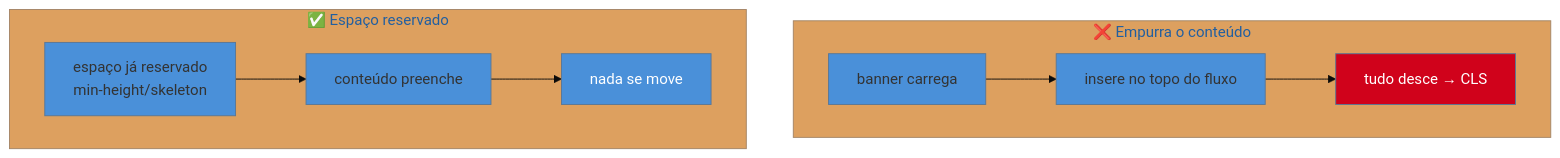
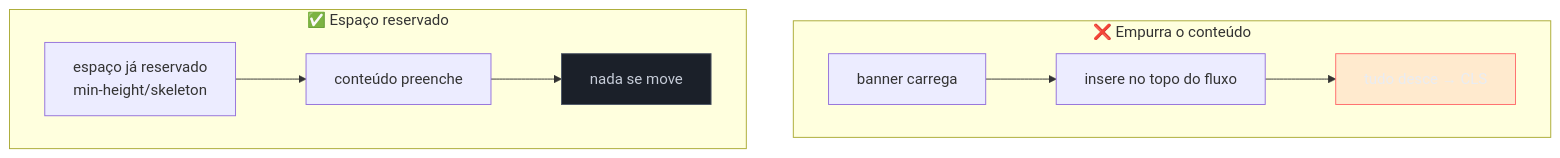
The diagram in 03-Dominios/Tecnologia/Web Performance/Performance de Runtime e Rendering/07 - CLS em runtime.md (josenaldo/codex-technomanticus), drawn with Mermaid before and after one commit. The commit also changed 1181 other files, not shown here.

First line of the commit message:
fix(diagramas): paleta do sistema no lugar de cor cravada no markdown

````diff
--- a/03-Dominios/Tecnologia/Web Performance/Performance de Runtime e Rendering/07 - CLS em runtime.md
+++ b/03-Dominios/Tecnologia/Web Performance/Performance de Runtime e Rendering/07 - CLS em runtime.md
@@ -39,12 +39,13 @@
 ```mermaid
-%%{init: {"theme": "base", "themeVariables": {"primaryColor": "#4A90D9"}}}%%
 graph TB
+    classDef falha fill:#FF6B6B24,stroke:#FF6B6B,color:#E9ECF2
+    classDef neutro fill:#1B2029,stroke:#4E5666,color:#C6CCD8
     subgraph BAD["❌ Empurra o conteúdo"]
         A[banner carrega] --> B[insere no topo do fluxo] --> C[tudo desce → CLS]
     end
     subgraph GOOD["✅ Espaço reservado"]
         D[espaço já reservado<br/>min-height/skeleton] --> E[conteúdo preenche] --> F[nada se move]
     end
-    style C fill:#D0021B,color:#fff
-    style F fill:#4A90D9,color:#fff
+    class C falha
+    class F neutro
 ```
````
